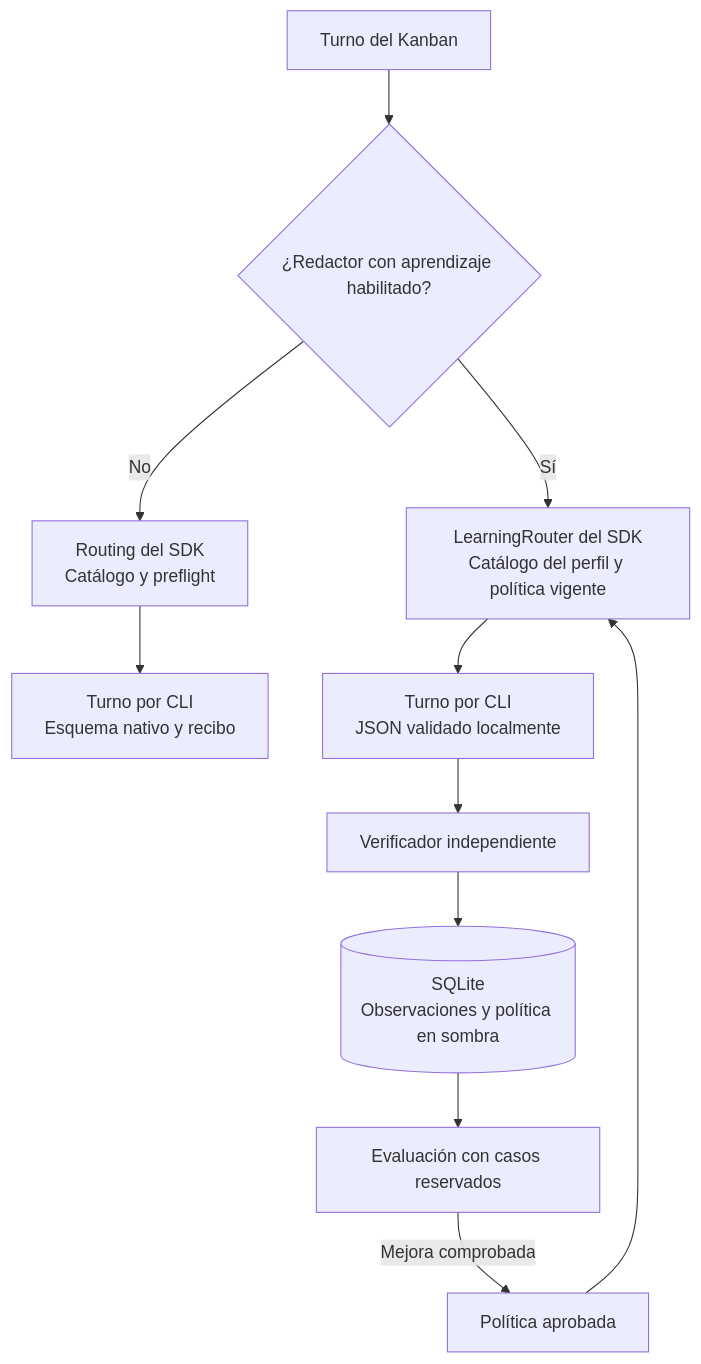
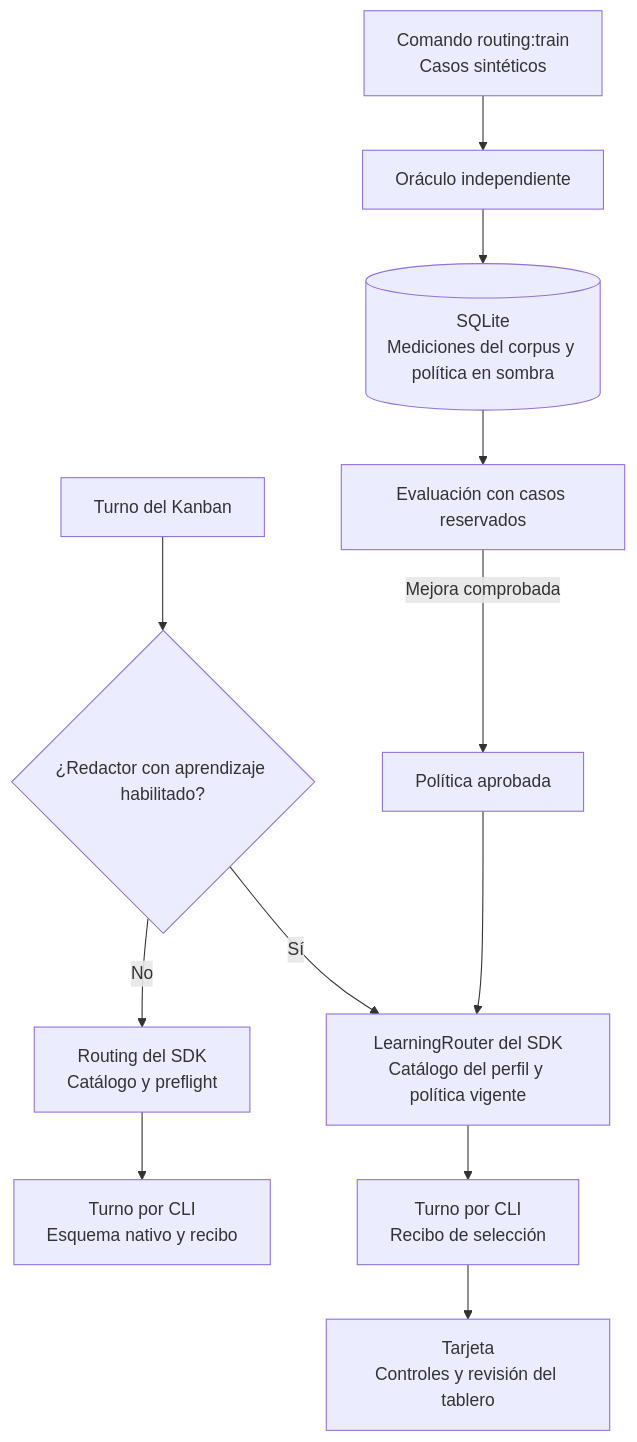
One commit to hiveagents-dev/kanban-tutorial changed the diagram in docs/model-routing.md. Above: the diagram before and after it, drawn with Mermaid. The commit also changed other lines of this file and 8 other files, not shown here.

````diff
--- a/docs/model-routing.md
+++ b/docs/model-routing.md
@@ -7,15 +7,16 @@
 ```mermaid
 flowchart TD
     accTitle: Selección y aprendizaje del redactor
-    accDescr: La selección normal recorre el catálogo. El redactor experimental puede guardar observaciones verificadas en una base SQLite y usar una política aprobada.
+    accDescr: El redactor puede usar una política aprobada. Un comando independiente verifica casos sintéticos y alimenta la evaluación de promoción.
     turn["Turno del Kanban"] --> policy{"¿Redactor con aprendizaje habilitado?"}
     policy -->|"No"| router["Routing del SDK<br/>Catálogo y preflight"]
     router --> native["Turno por CLI<br/>Esquema nativo y recibo"]
     policy -->|"Sí"| learning["LearningRouter del SDK<br/>Catálogo del perfil y política vigente"]
-    learning --> text["Turno por CLI<br/>JSON validado localmente"]
-    text --> verify["Verificador independiente"]
-    verify --> sql[("SQLite<br/>Observaciones y política en sombra")]
+    learning --> text["Turno por CLI<br/>Recibo de selección"]
+    text --> board["Tarjeta<br/>Controles y revisión del tablero"]
+    sample["Comando routing:train<br/>Casos sintéticos"] --> verify["Oráculo independiente"]
+    verify --> sql[("SQLite<br/>Mediciones del corpus y política en sombra")]
     sql --> gate["Evaluación con casos reservados"]
     gate -->|"Mejora comprobada"| active["Política aprobada"]
     active --> learning
 ```
````
